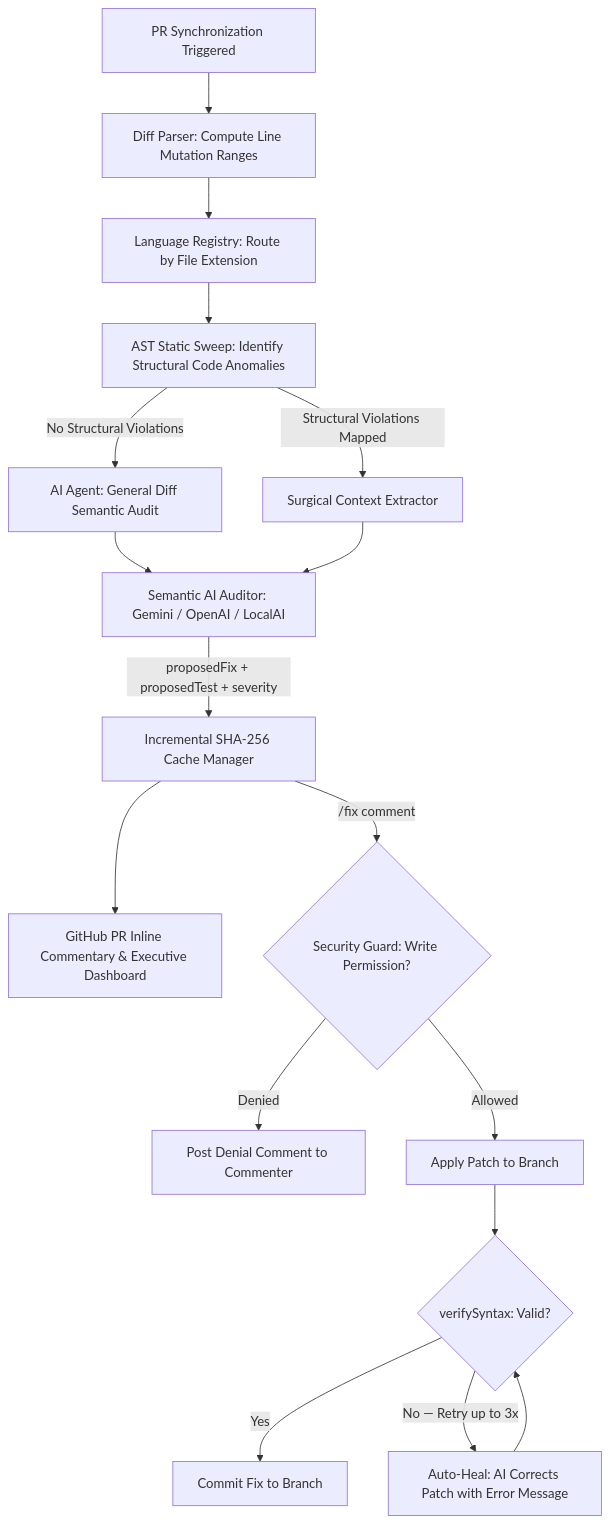
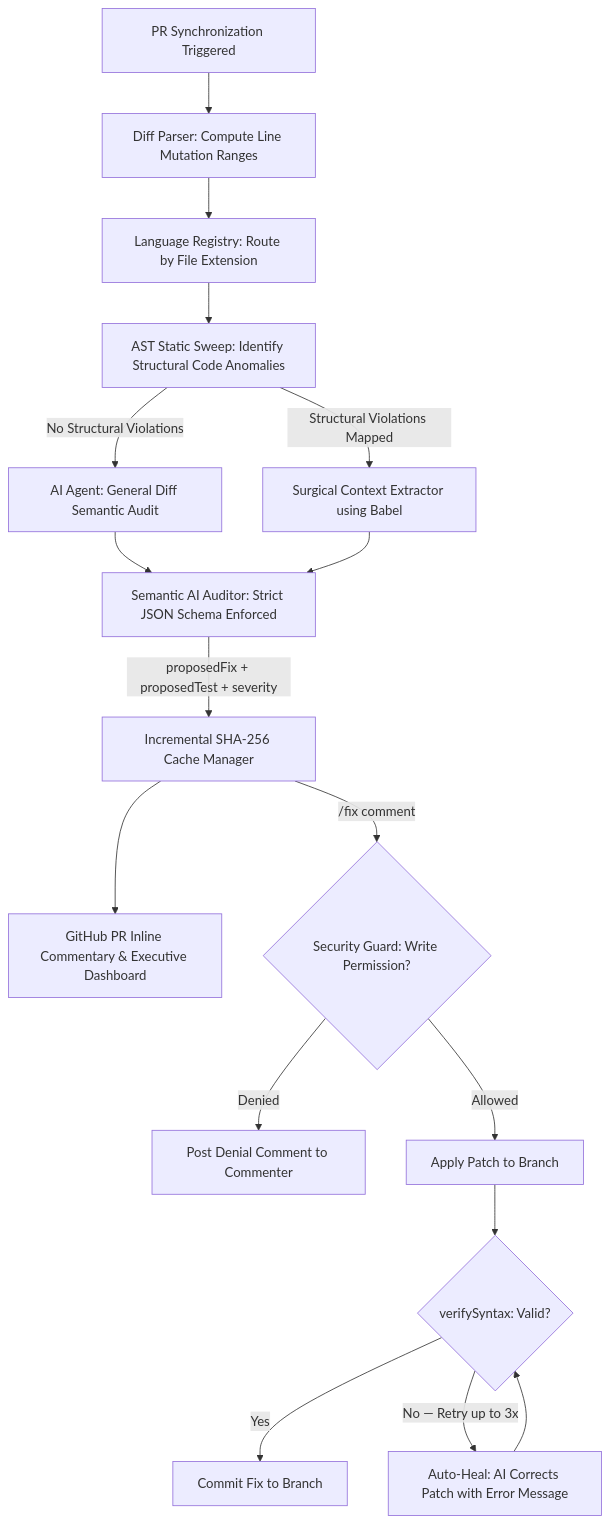
Before and after one commit to cgseyhan/pr-state-bug-hunter: the diagram in README.md, drawn with Mermaid. The commit also changed other lines of this file, not shown here.

````diff
--- a/README.md
+++ b/README.md
@@ -32,19 +36,19 @@
 ```mermaid
 graph TD
     A[PR Synchronization Triggered] --> B[Diff Parser: Compute Line Mutation Ranges]
     B --> C[Language Registry: Route by File Extension]
     C --> D[AST Static Sweep: Identify Structural Code Anomalies]
     D -->|No Structural Violations| E[AI Agent: General Diff Semantic Audit]
-    D -->|Structural Violations Mapped| F[Surgical Context Extractor]
-    E --> G[Semantic AI Auditor: Gemini / OpenAI / LocalAI]
+    D -->|Structural Violations Mapped| F[Surgical Context Extractor using Babel]
+    E --> G[Semantic AI Auditor: Strict JSON Schema Enforced]
     F --> G
     G -->|proposedFix + proposedTest + severity| H[Incremental SHA-256 Cache Manager]
     H --> I[GitHub PR Inline Commentary & Executive Dashboard]
     H -->|/fix comment| J{Security Guard: Write Permission?}
     J -->|Denied| K[Post Denial Comment to Commenter]
     J -->|Allowed| L[Apply Patch to Branch]
     L --> M{verifySyntax: Valid?}
     M -->|Yes| N[Commit Fix to Branch]
     M -->|No — Retry up to 3x| O[Auto-Heal: AI Corrects Patch with Error Message]
     O --> M
 ```
````
